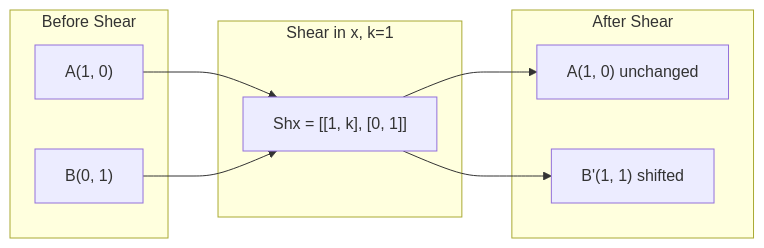
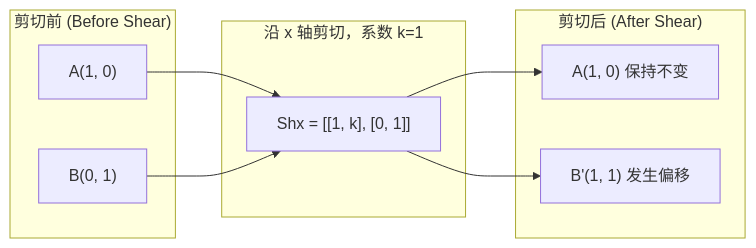
Before and after one commit to SmallMX/ai-engineering-from-scratch: the fourth of 7 diagrams in phases/01-math-foundations/03-matrix-transformations/docs/zh-CN.md, drawn with Mermaid. The commit also changed other lines of this file and 1 other file, not shown here.

````diff
--- a/phases/01-math-foundations/03-matrix-transformations/docs/zh-CN.md
+++ b/phases/01-math-foundations/03-matrix-transformations/docs/zh-CN.md
@@ -112,16 +115,16 @@
 ```mermaid
 graph LR
-    subgraph Before["Before Shear"]
+    subgraph Before["剪切前 (Before Shear)"]
         A["A(1, 0)"]
         B["B(0, 1)"]
     end
-    subgraph Shear["Shear in x, k=1"]
+    subgraph Shear["沿 x 轴剪切，系数 k=1"]
         Sh["Shx = [[1, k], [0, 1]]"]
     end
-    subgraph After["After Shear"]
-        Ap["A(1, 0) unchanged"]
-        Bp["B'(1, 1) shifted"]
+    subgraph After["剪切后 (After Shear)"]
+        Ap["A(1, 0) 保持不变"]
+        Bp["B'(1, 1) 发生偏移"]
     end
     A --> Sh --> Ap
     B --> Sh --> Bp
 ```
````
